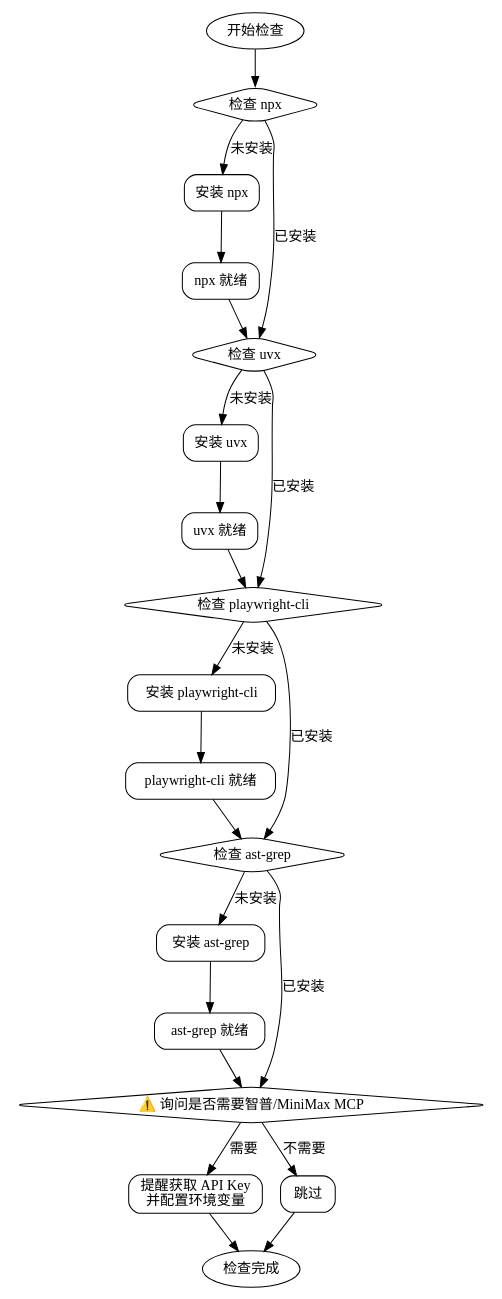
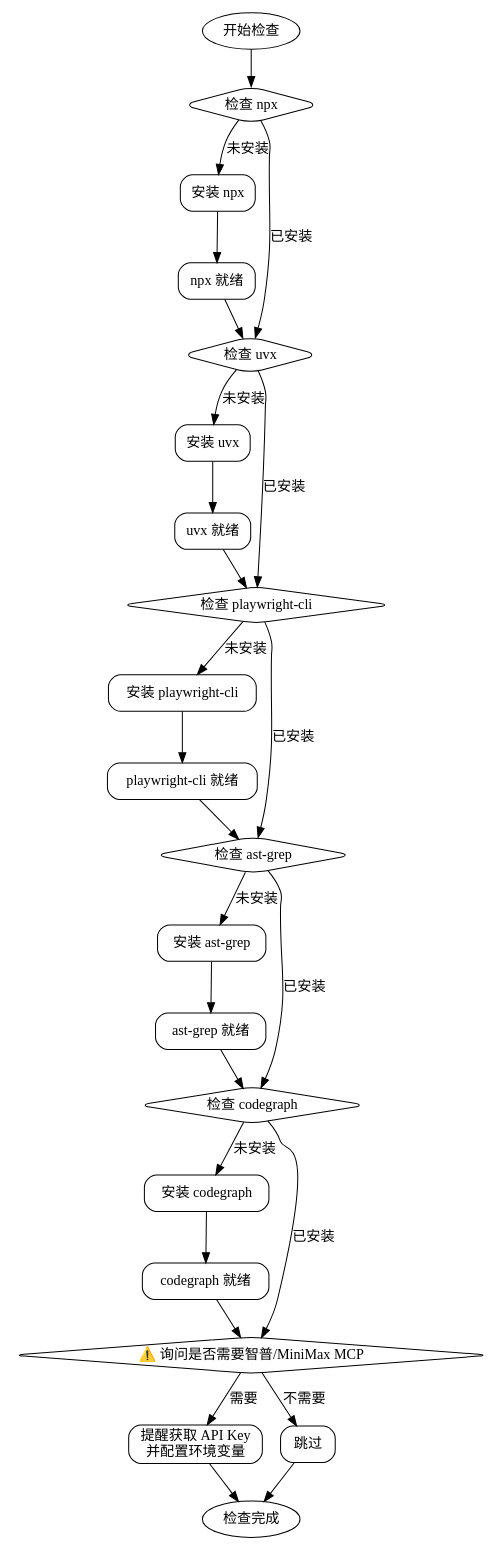
One commit to michaelChe956/Cadence-skills changed the second of 2 diagrams in cadence-init/skills/pre-check/SKILL.md. Above: the diagram before and after it, drawn with Graphviz. The commit also changed other lines of this file and 13 other files, not shown here.

````diff
--- a/cadence-init/skills/pre-check/SKILL.md
+++ b/cadence-init/skills/pre-check/SKILL.md
@@ -54,60 +55,70 @@
 ```dot
 digraph check_flow {
     rankdir=TB;
     node [shape=box, style="rounded"];
 
     start [label="开始检查", shape=ellipse];
 
     // 步骤1
     check_npx [label="检查 npx", shape=diamond];
     install_npx [label="安装 npx"];
     npx_done [label="npx 就绪"];
 
     // 步骤2
     check_uvx [label="检查 uvx", shape=diamond];
     install_uvx [label="安装 uvx"];
     uvx_done [label="uvx 就绪"];
 
     // 步骤3
     check_playwright [label="检查 playwright-cli", shape=diamond];
     install_playwright [label="安装 playwright-cli"];
     playwright_done [label="playwright-cli 就绪"];
 
     // 步骤4
     check_ast_grep [label="检查 ast-grep", shape=diamond];
     install_ast_grep [label="安装 ast-grep"];
     ast_grep_done [label="ast-grep 就绪"];
 
-    // 步骤5（可选）
+    // 步骤5
+    check_codegraph [label="检查 codegraph", shape=diamond];
+    install_codegraph [label="安装 codegraph"];
+    codegraph_done [label="codegraph 就绪"];
+
+    // 步骤6（可选）
     ask_apikey [label="⚠️ 询问是否需要智普/MiniMax MCP", shape=diamond];
     remind_apikey [label="提醒获取 API Key\n并配置环境变量"];
     skip_apikey [label="跳过"];
 
     end [label="检查完成", shape=ellipse];
 
     start -> check_npx;
     check_npx -> install_npx [label="未安装"];
     check_npx -> check_uvx [label="已安装"];
     install_npx -> npx_done;
     npx_done -> check_uvx;
 
     check_uvx -> install_uvx [label="未安装"];
     check_uvx -> check_playwright [label="已安装"];
     install_uvx -> uvx_done;
     uvx_done -> check_playwright;
     check_playwright -> install_playwright [label="未安装"];
     check_playwright -> check_ast_grep [label="已安装"];
     install_playwright -> playwright_done;
     playwright_done -> check_ast_grep;
 
     check_ast_grep -> install_ast_grep [label="未安装"];
-    check_ast_grep -> ask_apikey [label="已安装"];
+    check_ast_grep -> check_codegraph [label="已安装"];
     install_ast_grep -> ast_grep_done;
-    ast_grep_done -> ask_apikey;
+    ast_grep_done -> check_codegraph;
+
+    check_codegraph -> install_codegraph [label="未安装"];
+    check_codegraph -> ask_apikey [label="已安装"];
+    install_codegraph -> codegraph_done;
+    codegraph_done -> ask_apikey;
 
     ask_apikey -> remind_apikey [label="需要"];
     ask_apikey -> skip_apikey [label="不需要"];
     remind_apikey -> end;
     skip_apikey -> end;
 }
 ```
````
